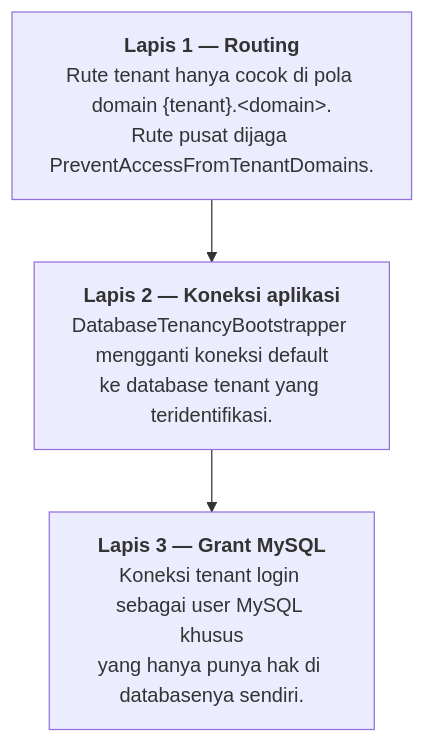
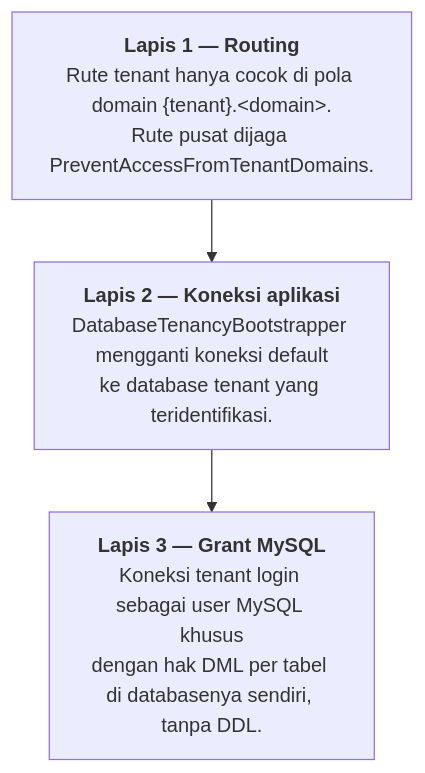
The second of 13 diagrams in docs/ARCHITECTURE.md (syaafiudinm/zadjo-simklinik), drawn with Mermaid before and after one commit. The commit also changed other lines of this file and 55 other files, not shown here.

First line of the commit message:
feat(fondasi): audit trail append-only dan antrian tenant-aware dengan Horizon

````diff
--- a/docs/ARCHITECTURE.md
+++ b/docs/ARCHITECTURE.md
@@ -109,7 +112,7 @@
 ```mermaid
 flowchart TB
     L1["<b>Lapis 1 — Routing</b><br/>Rute tenant hanya cocok di pola domain {tenant}.&lt;domain&gt;.<br/>Rute pusat dijaga PreventAccessFromTenantDomains."]
     L2["<b>Lapis 2 — Koneksi aplikasi</b><br/>DatabaseTenancyBootstrapper mengganti koneksi default<br/>ke database tenant yang teridentifikasi."]
-    L3["<b>Lapis 3 — Grant MySQL</b><br/>Koneksi tenant login sebagai user MySQL khusus<br/>yang hanya punya hak di databasenya sendiri."]
+    L3["<b>Lapis 3 — Grant MySQL</b><br/>Koneksi tenant login sebagai user MySQL khusus<br/>dengan hak DML per tabel di databasenya sendiri, tanpa DDL."]
     L1 --> L2 --> L3
 ```
````
